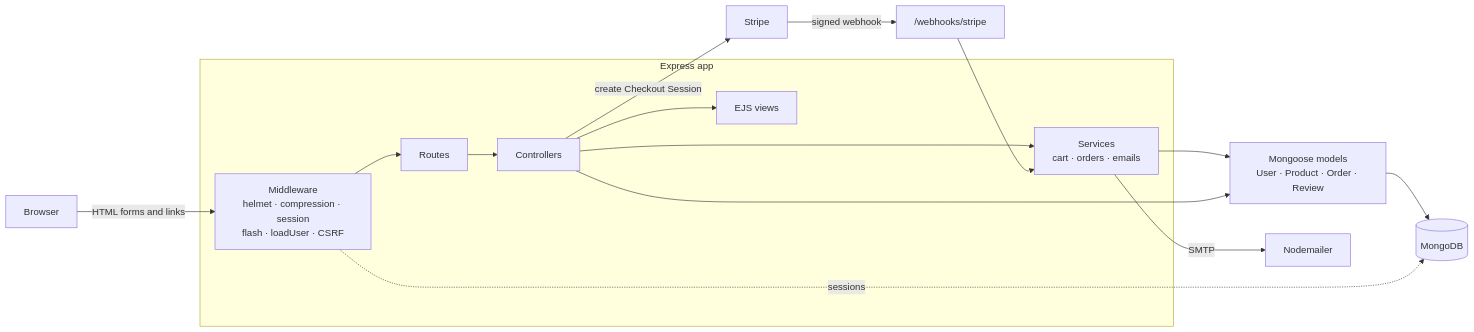
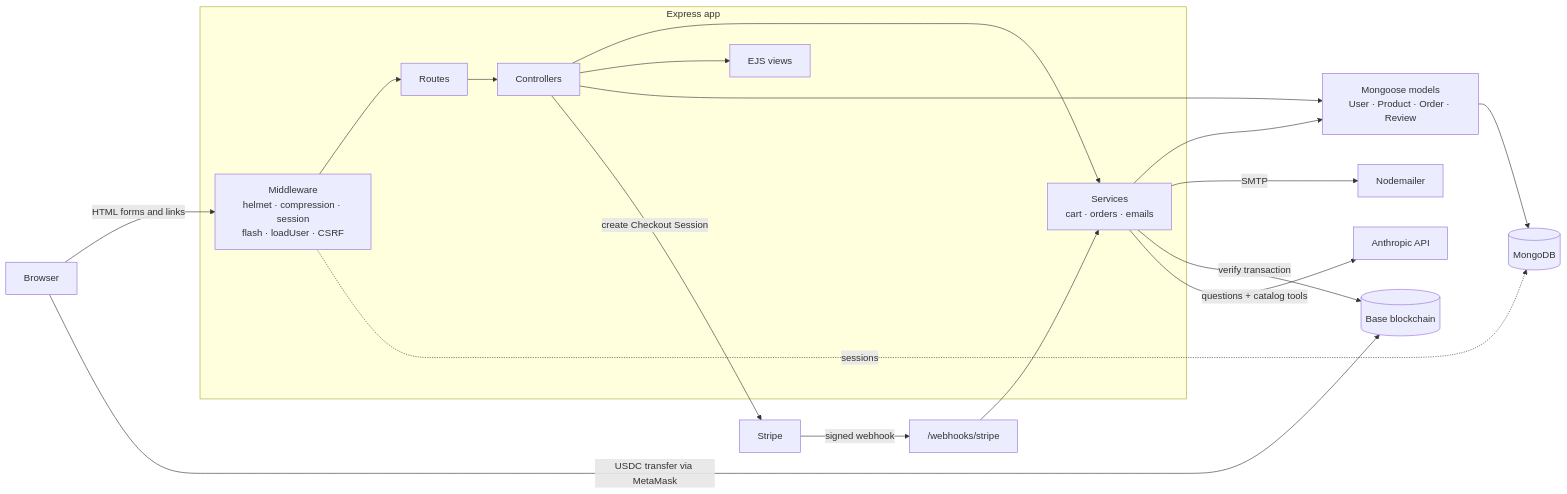
The diagram in README.md (Azan-imtiaz/AzanMart), drawn with Mermaid before and after one commit. The commit also changed other lines of this file and 10 other files, not shown here.

````diff
--- a/README.md
+++ b/README.md
@@ -119,21 +148,24 @@
 ```mermaid
 flowchart LR
     Browser -->|HTML forms and links| MW
 
     subgraph Express app
         MW["Middleware<br/>helmet · compression · session<br/>flash · loadUser · CSRF"] --> Routes
         Routes --> Controllers
         Controllers --> Services["Services<br/>cart · orders · emails"]
         Controllers --> Views["EJS views"]
     end
 
     Services --> Models["Mongoose models<br/>User · Product · Order · Review"]
     Controllers --> Models
     Models --> DB[(MongoDB)]
     MW -. sessions .-> DB
 
     Controllers -->|create Checkout Session| Stripe
     Stripe -->|signed webhook| Webhook["/webhooks/stripe"]
     Webhook --> Services
     Services -->|SMTP| Mail[Nodemailer]
+    Browser -->|USDC transfer via MetaMask| Chain[(Base blockchain)]
+    Services -->|verify transaction| Chain
+    Services -->|questions + catalog tools| Anthropic[Anthropic API]
 ```
````
